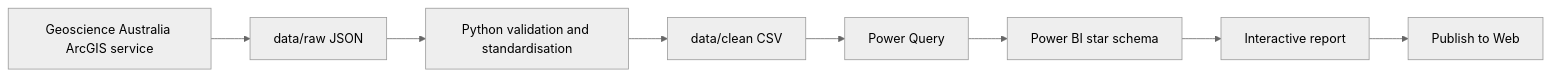
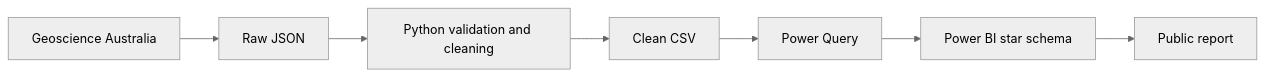
One commit to ganorgil27/australian-resources-energy-explorer changed the diagram in README.md. Above: the diagram before and after it, drawn with Mermaid (neutral theme). The commit also changed other lines of this file, not shown here.

````diff
--- a/README.md
+++ b/README.md
@@ -40,10 +22,9 @@
 ```mermaid
 flowchart LR
-    A[Geoscience Australia ArcGIS service] --> B[data/raw JSON]
-    B --> C[Python validation and standardisation]
-    C --> D[data/clean CSV]
+    A[Geoscience Australia] --> B[Raw JSON]
+    B --> C[Python validation and cleaning]
+    C --> D[Clean CSV]
     D --> E[Power Query]
     E --> F[Power BI star schema]
-    F --> G[Interactive report]
-    G --> H[Publish to Web]
+    F --> G[Public report]
 ```
````
